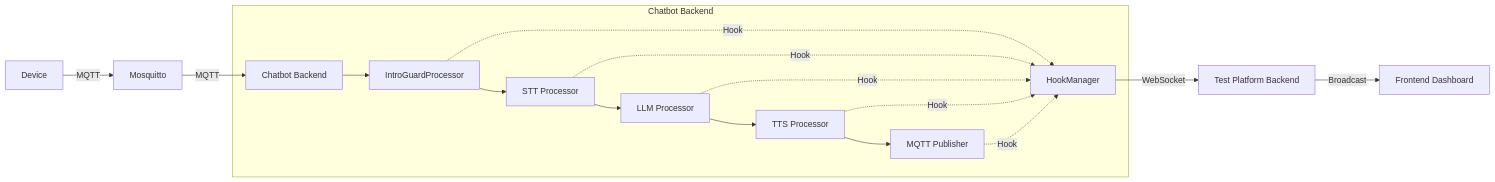
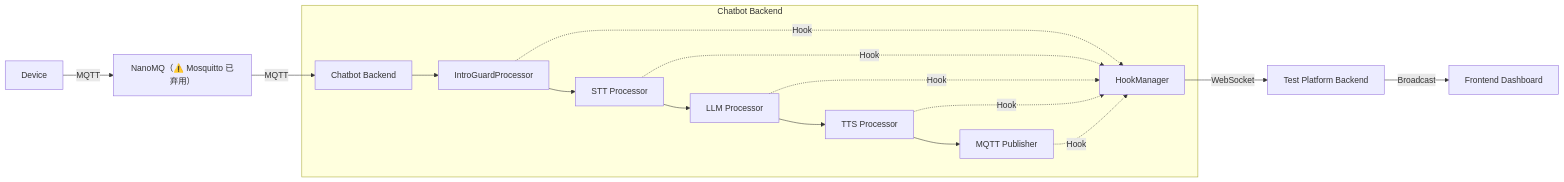
One commit to zebbingo/resonova changed the diagram in docs/32-hook-implementation.md. Above: the diagram before and after it, drawn with Mermaid. The commit also changed 3 other files, not shown here.

````diff
--- a/docs/32-hook-implementation.md
+++ b/docs/32-hook-implementation.md
@@ -163,22 +163,22 @@
 ```mermaid
 graph LR
-    A[Device] -->|MQTT| B[Mosquitto]
+    A[Device] -->|MQTT| B[NanoMQ（⚠️ Mosquitto 已弃用）]
     B -->|MQTT| C[Chatbot Backend]
     
     subgraph "Chatbot Backend"
         C --> D[IntroGuardProcessor]
         D --> E[STT Processor]
         E --> F[LLM Processor]
         F --> G[TTS Processor]
         G --> H[MQTT Publisher]
         
         D -.->|Hook| I[HookManager]
         E -.->|Hook| I
         F -.->|Hook| I
         G -.->|Hook| I
         H -.->|Hook| I
     end
     
     I -->|WebSocket| J[Test Platform Backend]
     J -->|Broadcast| K[Frontend Dashboard]
 ```
````
